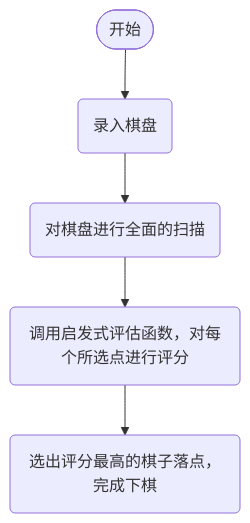
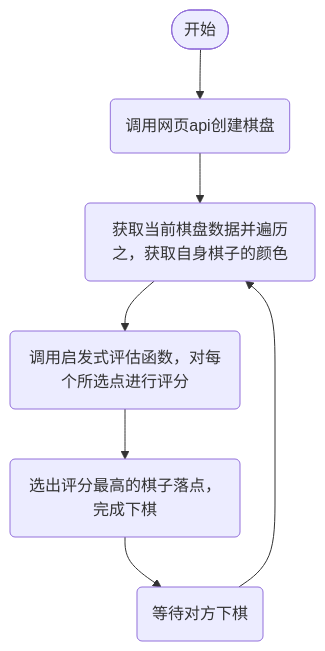
The diagram in Heuristics/启发式实验报告.md (HandyWote/BestStrategyOfGomoku), drawn with Mermaid before and after one commit. The commit also changed other lines of this file and 5 other files, not shown here.

````diff
--- a/Heuristics/启发式实验报告.md
+++ b/Heuristics/启发式实验报告.md
@@ -7,7 +19,9 @@
 ```mermaid
 graph TD    
-    A([开始])--> B("录入棋盘")
-    B --> C("对棋盘进行全面的扫描")
+    A([开始])--> B("调用网页api创建棋盘")
+    B --> C("获取当前棋盘数据并遍历之，获取自身棋子的颜色")
     C --> D("调用启发式评估函数，对每个所选点进行评分")
     D --> E("选出评分最高的棋子落点，完成下棋")
+    E --> F("等待对方下棋")
+    F --> C
 ```
````
